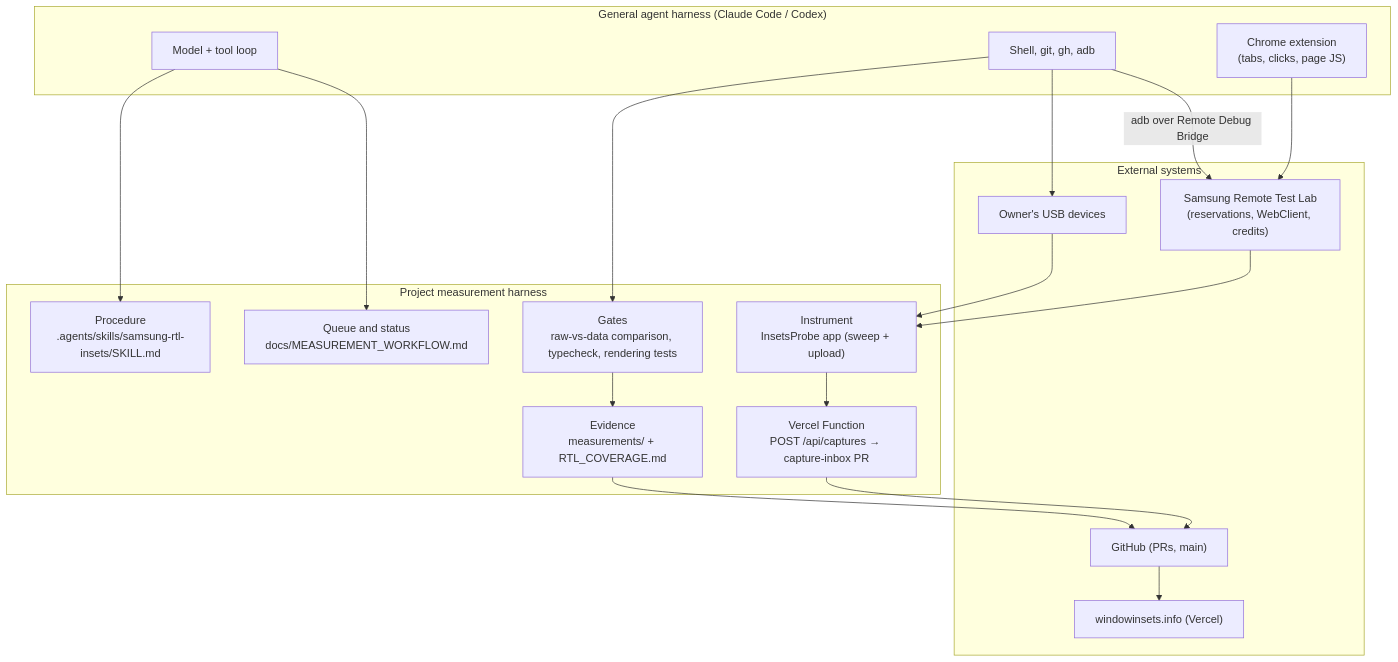
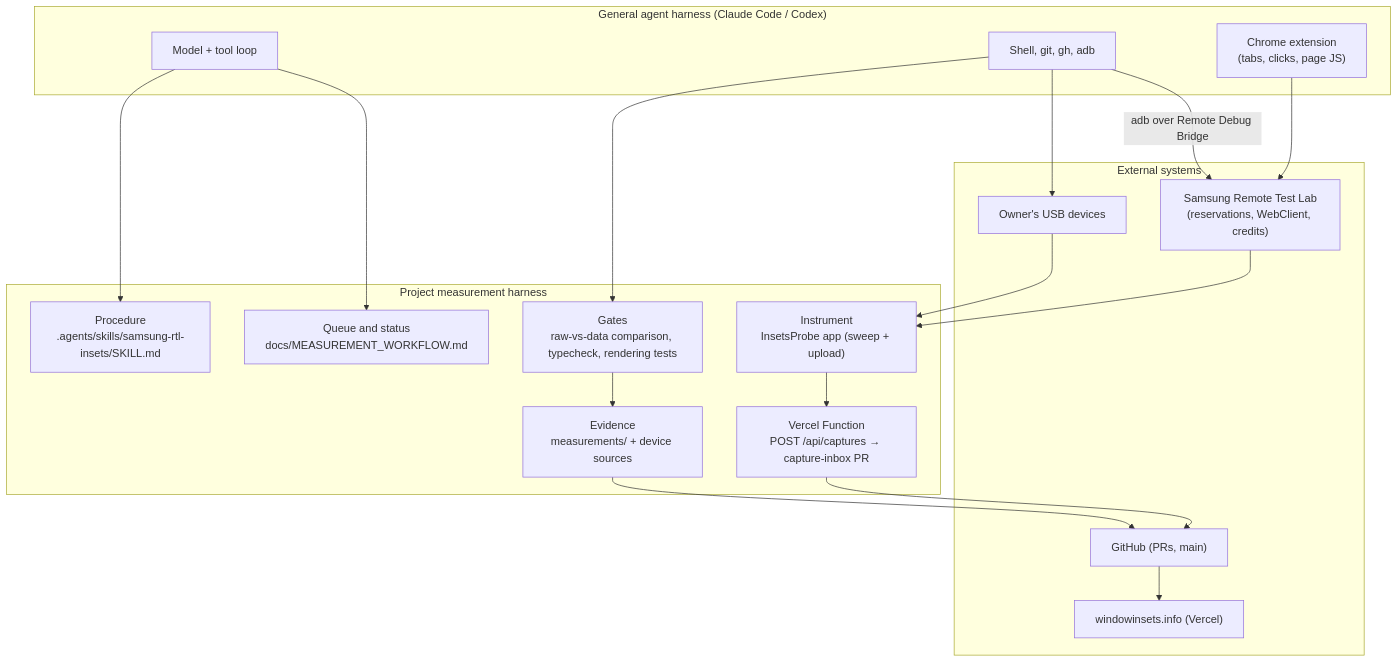
The first of 3 diagrams in docs/MEASUREMENT_HARNESS.md (easyhooon/windowinsets.info), drawn with Mermaid before and after one commit. The commit also changed other lines of this file and 8 other files, not shown here.

````diff
--- a/docs/MEASUREMENT_HARNESS.md
+++ b/docs/MEASUREMENT_HARNESS.md
@@ -15,35 +15,35 @@
 ```mermaid
 flowchart TB
   subgraph Agent["General agent harness (Claude Code / Codex)"]
     LLM["Model + tool loop"]
     Browser["Chrome extension<br/>(tabs, clicks, page JS)"]
     Shell["Shell, git, gh, adb"]
   end
 
   subgraph Harness["Project measurement harness"]
     Skill["Procedure<br/>.agents/skills/samsung-rtl-insets/SKILL.md"]
     Queue["Queue and status<br/>docs/MEASUREMENT_WORKFLOW.md"]
     Probe["Instrument<br/>InsetsProbe app (sweep + upload)"]
     Api["Vercel Function<br/>POST /api/captures → capture-inbox PR"]
     Checks["Gates<br/>raw-vs-data comparison, typecheck, rendering tests"]
-    Record["Evidence<br/>measurements/ + RTL_COVERAGE.md"]
+    Record["Evidence<br/>measurements/ + device sources"]
   end
 
   subgraph External["External systems"]
     RTL["Samsung Remote Test Lab<br/>(reservations, WebClient, credits)"]
     USB["Owner's USB devices"]
     GH["GitHub (PRs, main)"]
     Site["windowinsets.info (Vercel)"]
   end
 
   LLM --> Skill
   LLM --> Queue
   Browser --> RTL
   Shell -->|adb over Remote Debug Bridge| RTL
   Shell --> USB
   RTL --> Probe
   USB --> Probe
   Probe --> Api --> GH
   Shell --> Checks
   Checks --> Record --> GH --> Site
 ```
````
